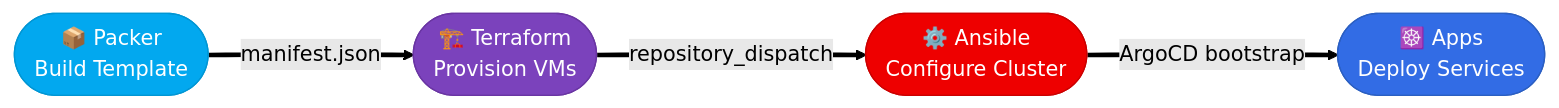
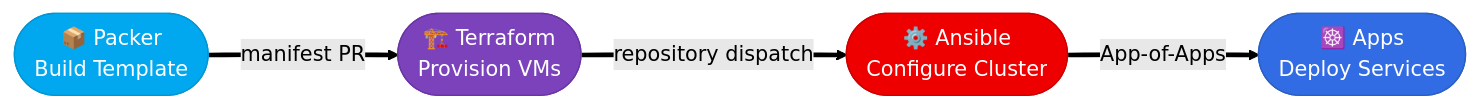
The fourth of 4 diagrams in README.md (Starktastic-Homelab/packer), drawn with Mermaid (forest theme) before and after one commit.

Commit message:
docs: standardize pipeline diagram edge labels

````diff
--- a/README.md
+++ b/README.md
@@ -217,15 +217,15 @@
 ```mermaid
 flowchart LR
-    P(["📦 Packer\nBuild Template"]) ==>|manifest.json| T(["🏗️ Terraform\nProvision VMs"])
-    T ==>|repository_dispatch| A(["⚙️ Ansible\nConfigure Cluster"])
-    A ==>|ArgoCD bootstrap| K(["☸️ Apps\nDeploy Services"])
+    P(["📦 Packer\nBuild Template"]) ==>|"manifest PR"| T(["🏗️ Terraform\nProvision VMs"])
+    T ==>|"repository dispatch"| A(["⚙️ Ansible\nConfigure Cluster"])
+    A ==>|"App-of-Apps"| K(["☸️ Apps\nDeploy Services"])
 
     classDef packer fill:#02A8EF,stroke:#0196D4,color:#fff
     classDef terraform fill:#7B42BC,stroke:#6A35A3,color:#fff
     classDef ansible fill:#EE0000,stroke:#CC0000,color:#fff
     classDef apps fill:#326CE5,stroke:#2B5FC2,color:#fff
     class P packer
     class T terraform
     class A ansible
     class K apps
 ```
````
